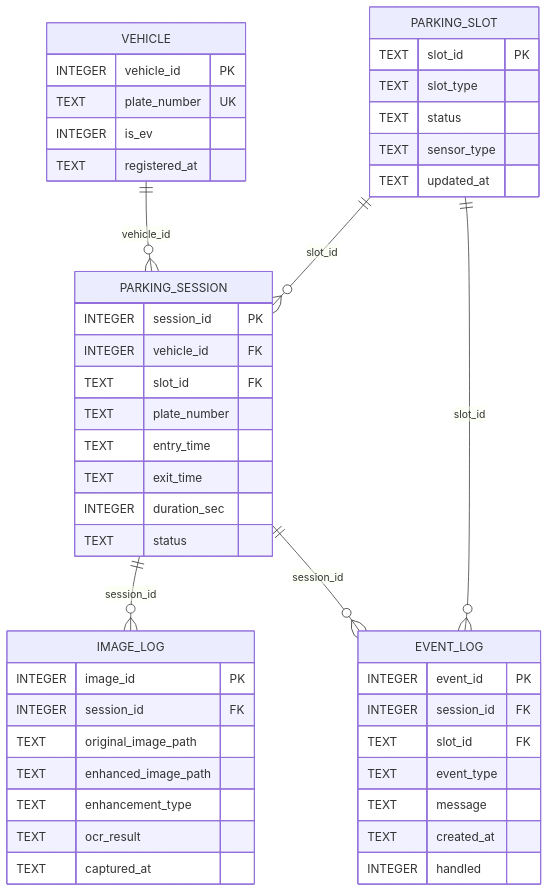
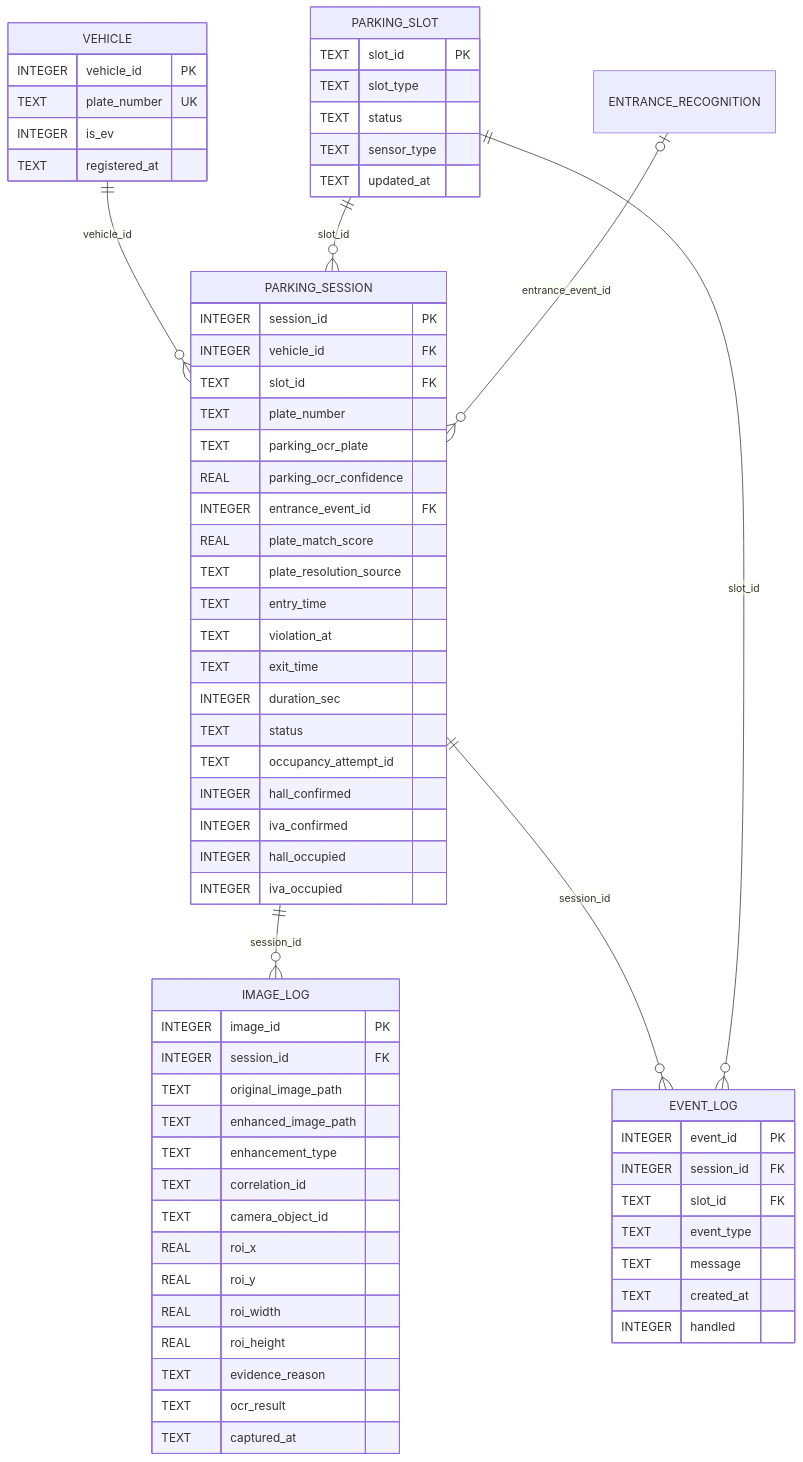
Before and after one commit to Hun0305/ev-parking-system: the diagram in Pi_Server/docs/DB_IMPLEMENTATION.md, drawn with Mermaid. The commit also changed other lines of this file and 129 other files, not shown here.

````diff
--- a/Pi_Server/docs/DB_IMPLEMENTATION.md
+++ b/Pi_Server/docs/DB_IMPLEMENTATION.md
@@ -21,50 +48,69 @@
 ```mermaid
 erDiagram
     VEHICLE ||--o{ PARKING_SESSION : "vehicle_id"
     PARKING_SLOT ||--o{ PARKING_SESSION : "slot_id"
+    ENTRANCE_RECOGNITION |o--o{ PARKING_SESSION : "entrance_event_id"
     PARKING_SESSION ||--o{ IMAGE_LOG : "session_id"
     PARKING_SESSION ||--o{ EVENT_LOG : "session_id"
     PARKING_SLOT ||--o{ EVENT_LOG : "slot_id"
 
     VEHICLE {
         INTEGER vehicle_id PK
         TEXT plate_number UK
         INTEGER is_ev
         TEXT registered_at
     }
     PARKING_SLOT {
         TEXT slot_id PK
         TEXT slot_type
         TEXT status
         TEXT sensor_type
         TEXT updated_at
     }
     PARKING_SESSION {
         INTEGER session_id PK
         INTEGER vehicle_id FK
         TEXT slot_id FK
         TEXT plate_number
+        TEXT parking_ocr_plate
+        REAL parking_ocr_confidence
+        INTEGER entrance_event_id FK
+        REAL plate_match_score
+        TEXT plate_resolution_source
         TEXT entry_time
+        TEXT violation_at
         TEXT exit_time
         INTEGER duration_sec
         TEXT status
+        TEXT occupancy_attempt_id
+        INTEGER hall_confirmed
+        INTEGER iva_confirmed
+        INTEGER hall_occupied
+        INTEGER iva_occupied
     }
     IMAGE_LOG {
         INTEGER image_id PK
         INTEGER session_id FK
         TEXT original_image_path
         TEXT enhanced_image_path
         TEXT enhancement_type
+        TEXT correlation_id
+        TEXT camera_object_id
+        REAL roi_x
+        REAL roi_y
+        REAL roi_width
+        REAL roi_height
+        TEXT evidence_reason
         TEXT ocr_result
         TEXT captured_at
     }
     EVENT_LOG {
         INTEGER event_id PK
         INTEGER session_id FK
         TEXT slot_id FK
         TEXT event_type
         TEXT message
         TEXT created_at
         INTEGER handled
     }
 ```
````
